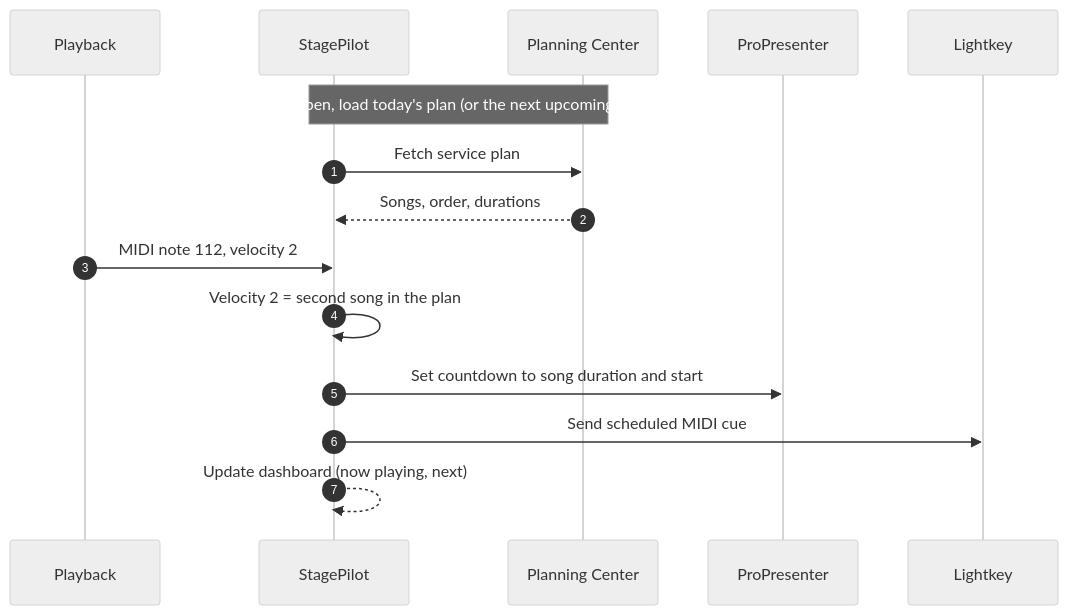
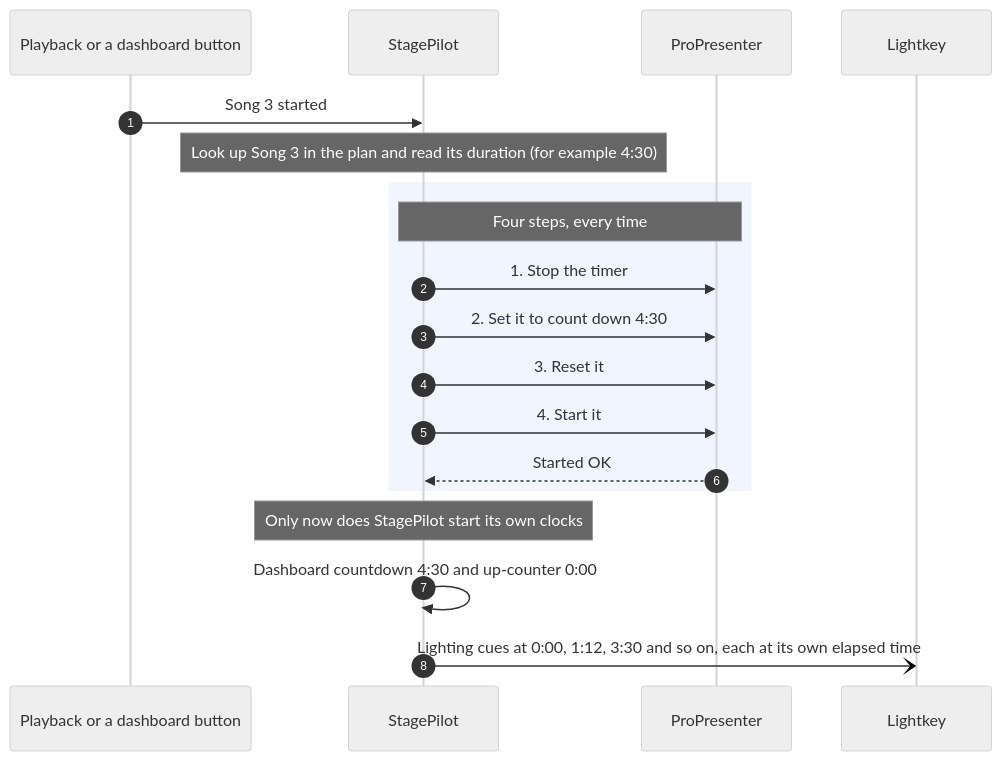
One commit to tage-ilot/stagepilot changed the fifth of 8 diagrams in docs/overview.md. Above: the diagram before and after it, drawn with Mermaid (neutral theme). The commit also changed other lines of this file, not shown here.

````diff
--- a/docs/overview.md
+++ b/docs/overview.md
@@ -24,19 +102,24 @@
 ```mermaid
 sequenceDiagram
   autonumber
-  participant PB as Playback
+  participant IN as Playback or a dashboard button
   participant SP as StagePilot
-  participant PC as Planning Center
   participant PP as ProPresenter
   participant LK as Lightkey
 
-  Note over SP,PC: On open, load today's plan (or the next upcoming one)
-  SP->>PC: Fetch service plan
-  PC-->>SP: Songs, order, durations
+  IN->>SP: Song 3 started
+  Note over SP: Look up Song 3 in the plan and read its duration (for example 4:30)
 
-  PB->>SP: MIDI note 112, velocity 2
-  SP->>SP: Velocity 2 = second song in the plan
-  SP->>PP: Set countdown to song duration and start
-  SP->>LK: Send scheduled MIDI cue
-  SP-->>SP: Update dashboard (now playing, next)
+  rect rgb(240, 245, 255)
+    Note over SP,PP: Four steps, every time
+    SP->>PP: 1. Stop the timer
+    SP->>PP: 2. Set it to count down 4:30
+    SP->>PP: 3. Reset it
+    SP->>PP: 4. Start it
+    PP-->>SP: Started OK
+  end
+
+  Note over SP: Only now does StagePilot start its own clocks
+  SP->>SP: Dashboard countdown 4:30 and up-counter 0:00
+  SP-)LK: Lighting cues at 0:00, 1:12, 3:30 and so on, each at its own elapsed time
 ```
````
